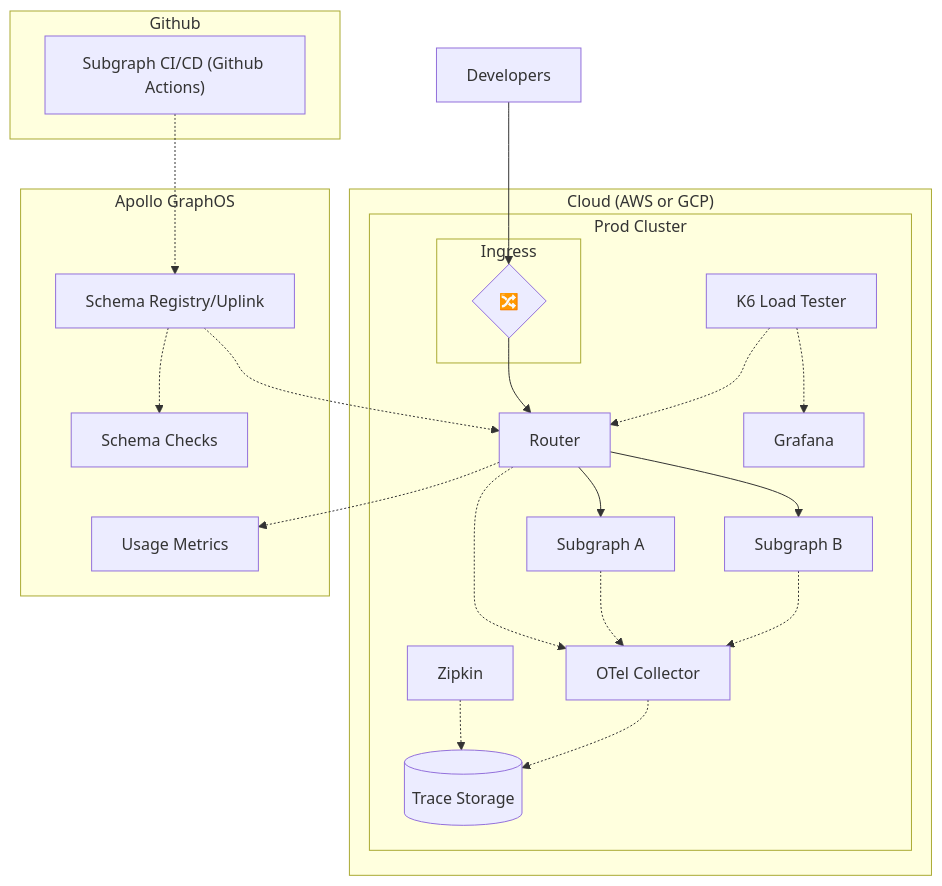
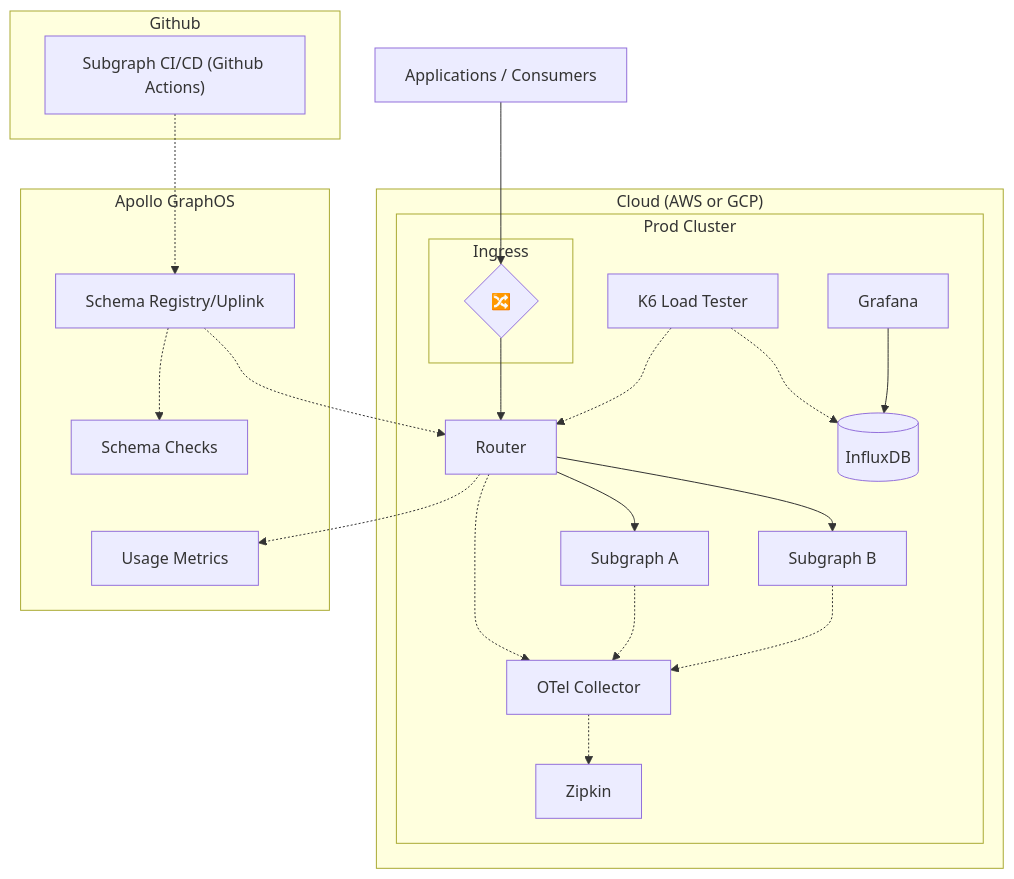
One commit to apollographql/docs changed the second of 12 diagrams in src/content/graphos/enterprise/reference-architecture.mdx. Above: the diagram before and after it, drawn with Mermaid. The commit also changed other lines of this file, not shown here.

````diff
--- a/src/content/graphos/enterprise/reference-architecture.mdx
+++ b/src/content/graphos/enterprise/reference-architecture.mdx
@@ -63,54 +63,53 @@
 ```mermaid
 flowchart TB
-	developers[Developers]
+	applications[Applications / Consumers]
 	subgraph cloud["Cloud (AWS or GCP)"]
 		subgraph devcluster["Prod Cluster"]
 			subgraph ingresscontainer["Ingress"]
 				ingress{"🔀"}
 			end
 
 			router["Router"]
 			subgrapha["Subgraph A"]
 			subgraphb["Subgraph B"]
 
 			collector["OTel Collector"]
-			tracestorage[("Trace Storage")]
 			zipkin[Zipkin]
 			
 			k6["K6 Load Tester"]
 			grafana["Grafana"]
+      influxdb[("InfluxDB")]
 
 		end
 	end
 
   subgraph graphos["Apollo GraphOS"]
     uplink["Schema Registry/Uplink"]
     checks["Schema Checks"]
     metrics["Usage Metrics"]
   end
 
   subgraph github["Github"]
       githubactions["Subgraph CI/CD (Github Actions)"]
   end
 	
 	%% Relationships
-	developers --> ingress
+	applications --> ingress
 	ingress --> router
 	router --> subgrapha
 	router --> subgraphb
 	
 	router -.-> collector
 	subgrapha -.-> collector
 	subgraphb -.-> collector
-	zipkin -.-> tracestorage
-	collector -.-> tracestorage
+	collector -.-> zipkin
 	
 	k6 -.-> router
-	k6 -.-> grafana
+	k6 -.-> influxdb
+  grafana --> influxdb
 
   uplink -.-> router
   router -.-> metrics
   githubactions -.-> uplink
   uplink -.-> checks
-	
 ```
````
